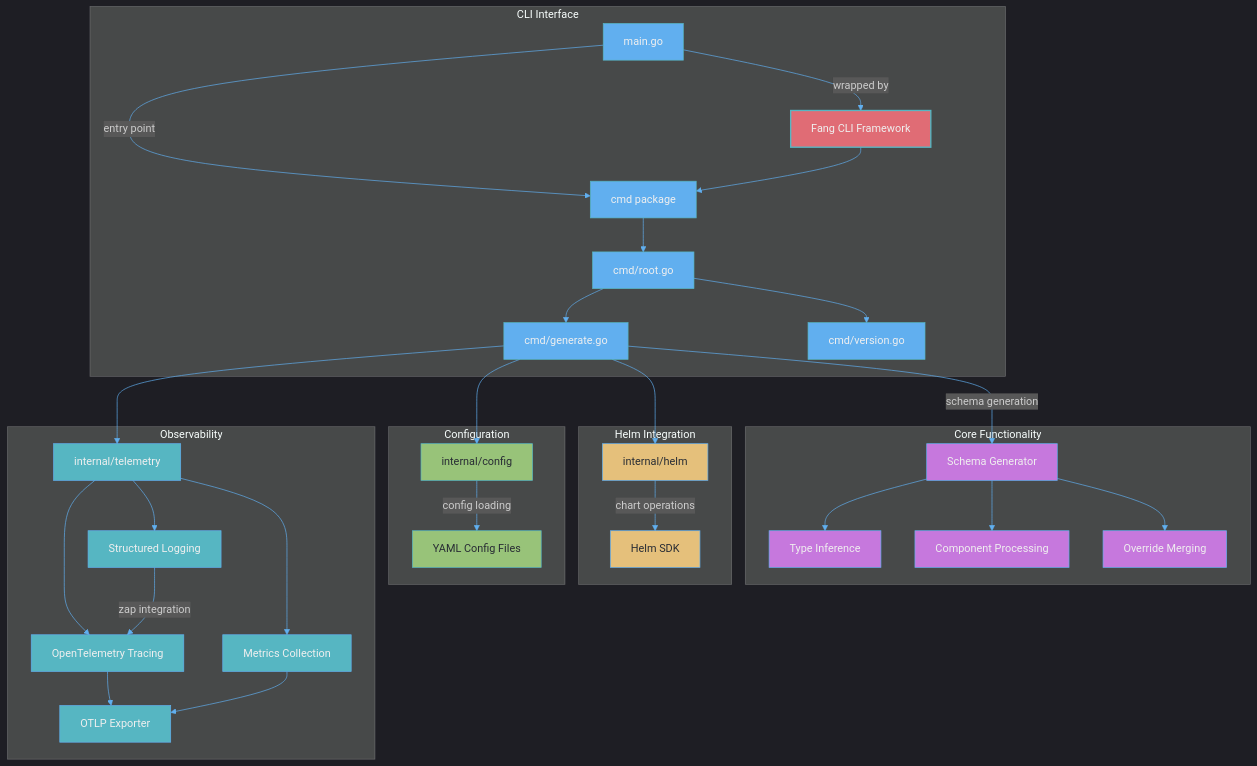
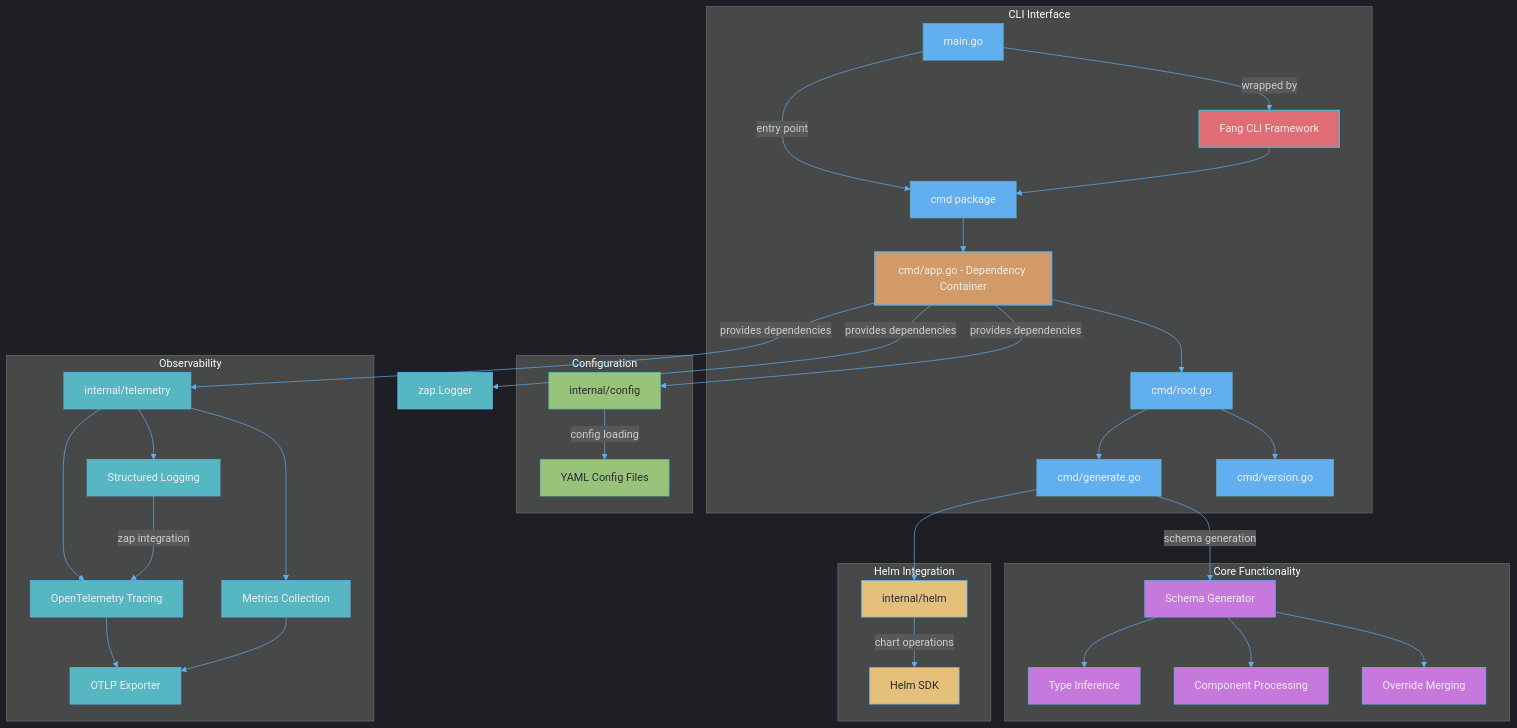
Before and after one commit to mkm29/valet: the diagram in README.md, drawn with Mermaid. The commit also changed other lines of this file and 9 other files, not shown here.

````diff
--- a/README.md
+++ b/README.md
@@ -66,74 +68,79 @@
 ```mermaid
 %%{
   init: {
     'theme': 'dark',
     'themeVariables': {
       'primaryColor': '#3e4451',
       'primaryTextColor': '#abb2bf',
       'primaryBorderColor': '#56b6c2',
       'lineColor': '#61afef',
       'secondaryColor': '#2c313c',
       'tertiaryColor': '#3b4048'
     }
   }
 }%%
 graph TD
     Main[main.go] --> |entry point| Cmd[cmd package]
-    Cmd --> RootCmd[cmd/root.go]
+    Cmd --> App[cmd/app.go - Dependency Container]
+    App --> RootCmd[cmd/root.go]
     RootCmd --> GenerateCmd[cmd/generate.go]
     RootCmd --> VersionCmd[cmd/version.go]
-    GenerateCmd --> Config[internal/config]
+    App --> |provides dependencies| Config[internal/config]
+    App --> |provides dependencies| Telemetry[internal/telemetry]
+    App --> |provides dependencies| Logger[zap.Logger]
     GenerateCmd --> |schema generation| SchemaGen[Schema Generator]
-    GenerateCmd --> Telemetry[internal/telemetry]
     GenerateCmd --> Helm[internal/helm]
     Config --> |config loading| YAML[YAML Config Files]
     Helm --> |chart operations| HelmSDK[Helm SDK]
 
     subgraph "Core Functionality"
         SchemaGen --> TypeInference[Type Inference]
         SchemaGen --> ComponentHandling[Component Processing]
         SchemaGen --> OverrideMerging[Override Merging]
     end
 
     subgraph "Helm Integration"
         Helm
         HelmSDK
     end
 
     subgraph "CLI Interface"
         Main --> |wrapped by| Fang[Fang CLI Framework]
         Fang --> Cmd
         Cmd
+        App
         RootCmd
         GenerateCmd
         VersionCmd
     end
 
     subgraph "Configuration"
         Config
         YAML
     end
 
     subgraph "Observability"
         Telemetry --> Tracing[OpenTelemetry Tracing]
         Telemetry --> Metrics[Metrics Collection]
         Telemetry --> Logging[Structured Logging]
         Tracing --> OTLP[OTLP Exporter]
         Metrics --> OTLP
         Logging --> |zap integration| Tracing
     end
 
     classDef core fill:#c678dd,stroke:#61afef,stroke-width:1px,color:#efefef;
     classDef cli fill:#61afef,stroke:#56b6c2,stroke-width:1px,color:#efefef;
     classDef config fill:#98c379,stroke:#56b6c2,stroke-width:1px,color:#282c34;
     classDef fang fill:#e06c75,stroke:#56b6c2,stroke-width:2px,color:#efefef;
     classDef telemetry fill:#56b6c2,stroke:#61afef,stroke-width:1px,color:#efefef;
     classDef helm fill:#e5c07b,stroke:#61afef,stroke-width:1px,color:#282c34;
+    classDef app fill:#d19a66,stroke:#61afef,stroke-width:2px,color:#efefef;
 
     class SchemaGen,TypeInference,ComponentHandling,OverrideMerging core;
     class Main,Cmd,RootCmd,GenerateCmd,VersionCmd cli;
     class Config,YAML config;
     class Fang fang;
-    class Telemetry,Tracing,Metrics,Logging,OTLP telemetry;
+    class Telemetry,Tracing,Metrics,Logging,OTLP,Logger telemetry;
     class Helm,HelmSDK helm;
+    class App app;
 ```
````
